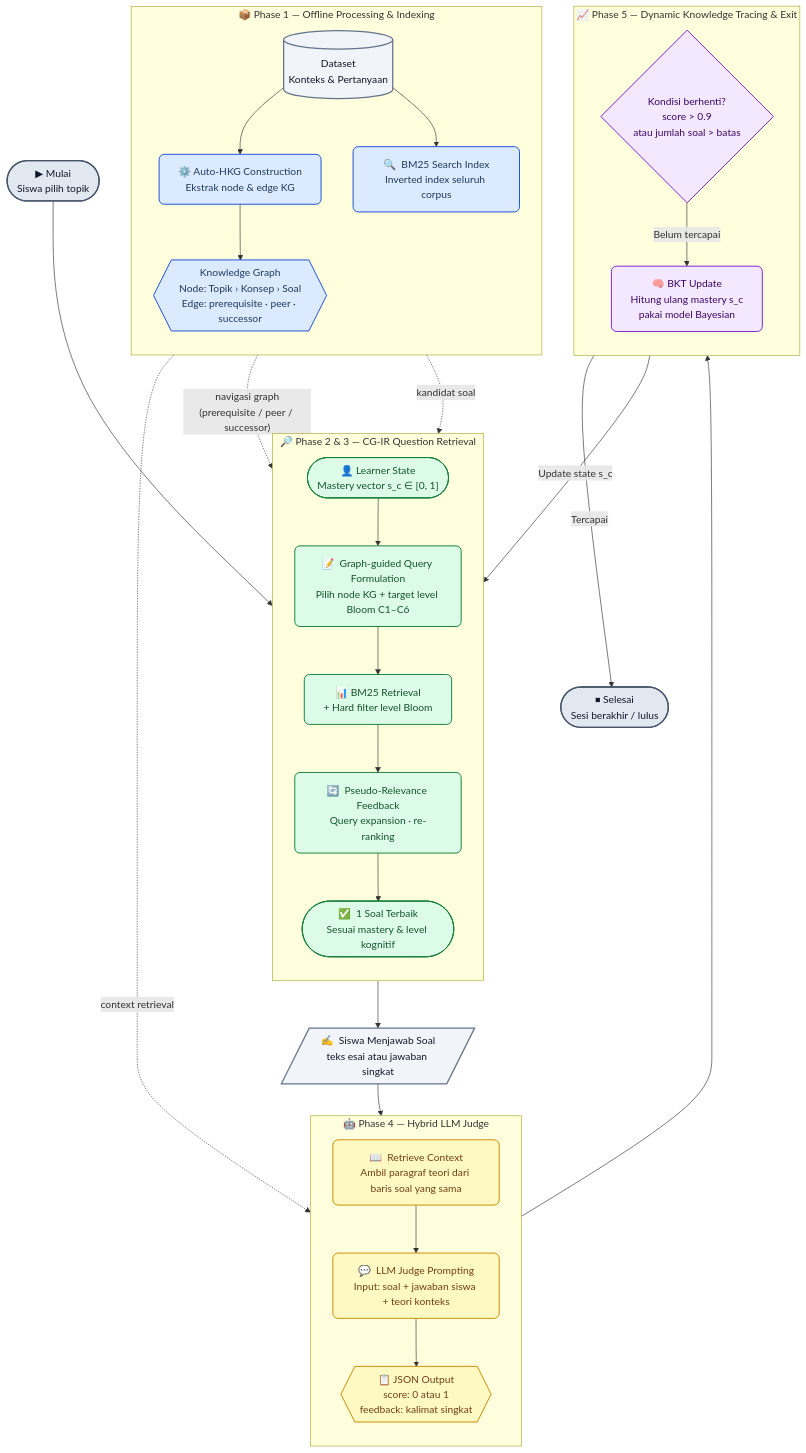
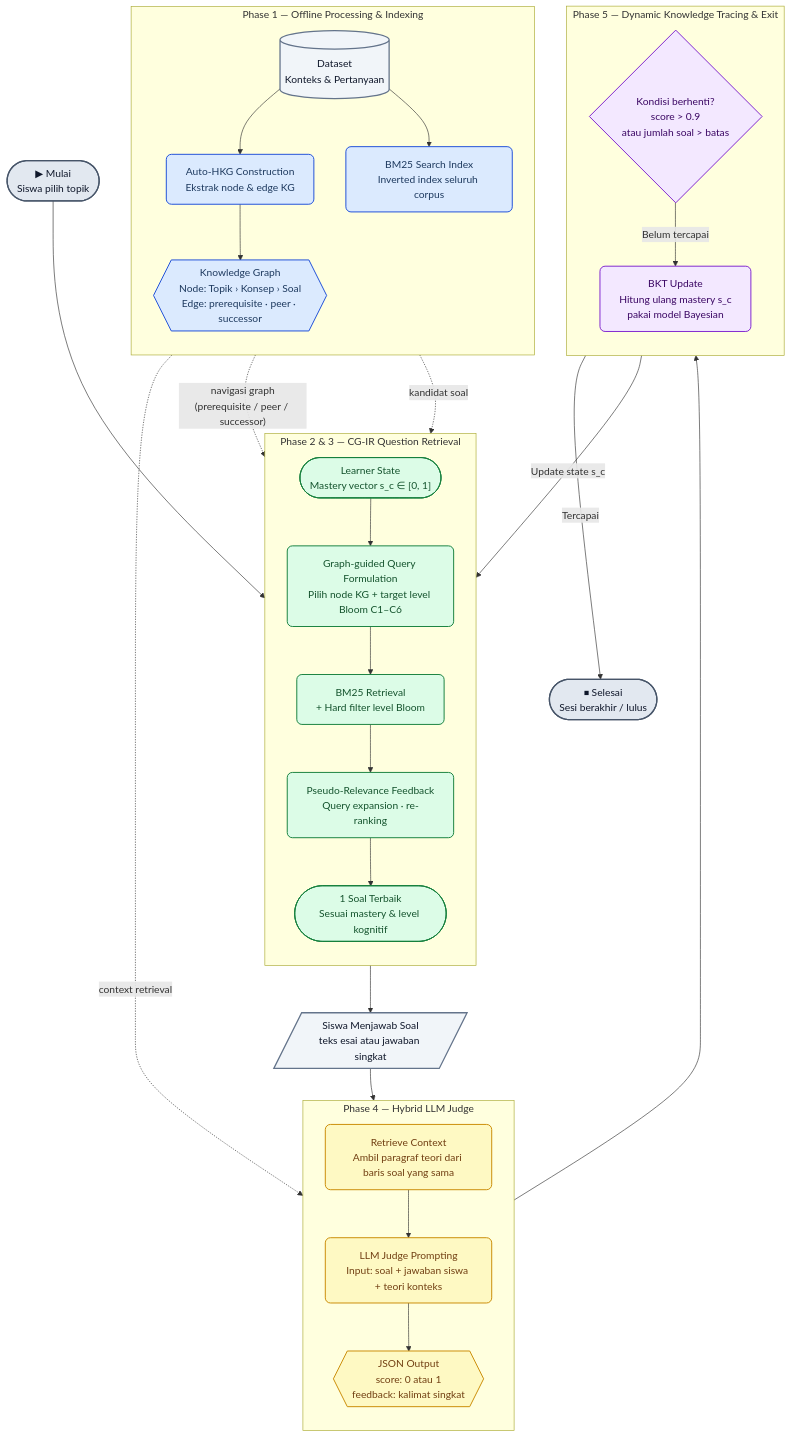
Before and after one commit to Lifunn/Information-Retrieval: the diagram in README.md, drawn with Mermaid. The commit also changed other lines of this file, not shown here.

````diff
--- a/README.md
+++ b/README.md
@@ -5,76 +5,76 @@
 ```mermaid
 flowchart TD
     %% ── Node styles ──────────────────────────────────────────────
     classDef offline  fill:#DBEAFE,stroke:#1D4ED8,stroke-width:1.5px,color:#1e3a5f,rx:8
     classDef cgir     fill:#DCFCE7,stroke:#15803D,stroke-width:1.5px,color:#14532d,rx:8
     classDef judge    fill:#FEF9C3,stroke:#CA8A04,stroke-width:1.5px,color:#713f12,rx:8
     classDef state    fill:#F3E8FF,stroke:#7E22CE,stroke-width:1.5px,color:#3b0764,rx:8
     classDef io       fill:#F1F5F9,stroke:#64748B,stroke-width:2px,color:#0f172a,rx:8
     classDef terminal fill:#E2E8F0,stroke:#475569,stroke-width:2px,color:#0f172a
 
     %% ── PHASE 1 — Offline Indexing ───────────────────────────────
-    subgraph P1["📦  Phase 1 — Offline Processing & Indexing"]
+    subgraph P1["Phase 1 — Offline Processing & Indexing"]
         direction TB
         DS[("Dataset\nKonteks & Pertanyaan")]:::io
-        HKG["⚙️  Auto-HKG Construction\nEkstrak node & edge KG"]:::offline
+        HKG["Auto-HKG Construction\nEkstrak node & edge KG"]:::offline
         KG{{"Knowledge Graph\nNode: Topik › Konsep › Soal\nEdge: prerequisite · peer · successor"}}:::offline
-        IDX["🔍  BM25 Search Index\nInverted index seluruh corpus"]:::offline
+        IDX["BM25 Search Index\nInverted index seluruh corpus"]:::offline
 
         DS --> HKG
         HKG --> KG
         DS --> IDX
     end
 
     %% ── PHASE 2-3 — CG-IR Retrieval ─────────────────────────────
-    subgraph P23["🔎  Phase 2 & 3 — CG-IR Question Retrieval"]
+    subgraph P23["Phase 2 & 3 — CG-IR Question Retrieval"]
         direction TB
-        LS(["👤  Learner State\nMastery vector  s_c ∈ [0, 1]"]):::cgir
-        QF["📝  Graph-guided Query Formulation\nPilih node KG + target level Bloom C1–C6"]:::cgir
-        BM["📊  BM25 Retrieval\n+ Hard filter level Bloom"]:::cgir
-        PRF["🔄  Pseudo-Relevance Feedback\nQuery expansion · re-ranking"]:::cgir
-        REC(["✅  1 Soal Terbaik\nSesuai mastery & level kognitif"]):::cgir
+        LS(["Learner State\nMastery vector  s_c ∈ [0, 1]"]):::cgir
+        QF["Graph-guided Query Formulation\nPilih node KG + target level Bloom C1–C6"]:::cgir
+        BM["BM25 Retrieval\n+ Hard filter level Bloom"]:::cgir
+        PRF["Pseudo-Relevance Feedback\nQuery expansion · re-ranking"]:::cgir
+        REC(["1 Soal Terbaik\nSesuai mastery & level kognitif"]):::cgir
 
         LS --> QF
         KG -. "navigasi graph\n(prerequisite / peer / successor)" .-> QF
         QF --> BM
         IDX -. "kandidat soal" .-> BM
         BM --> PRF
         PRF --> REC
     end
 
     %% ── User interaction ─────────────────────────────────────────
-    ANS[/"✍️  Siswa Menjawab Soal\nteks esai atau jawaban singkat"/]:::io
+    ANS[/"Siswa Menjawab Soal\nteks esai atau jawaban singkat"/]:::io
 
     %% ── PHASE 4 — Hybrid LLM Judge ───────────────────────────────
-    subgraph P4["🤖  Phase 4 — Hybrid LLM Judge"]
+    subgraph P4["Phase 4 — Hybrid LLM Judge"]
         direction TB
-        CTX["📖  Retrieve Context\nAmbil paragraf teori dari baris soal yang sama"]:::judge
-        LLM["💬  LLM Judge Prompting\nInput: soal + jawaban siswa + teori konteks"]:::judge
-        OUT{{"📋  JSON Output\nscore: 0 atau 1\nfeedback: kalimat singkat"}}:::judge
+        CTX["Retrieve Context\nAmbil paragraf teori dari baris soal yang sama"]:::judge
+        LLM["LLM Judge Prompting\nInput: soal + jawaban siswa + teori konteks"]:::judge
+        OUT{{"JSON Output\nscore: 0 atau 1\nfeedback: kalimat singkat"}}:::judge
 
         CTX --> LLM
         LLM --> OUT
     end
 
     DS -. "context retrieval" .-> CTX
 
     %% ── PHASE 5 — BKT & Loop ─────────────────────────────────────
-    subgraph P5["📈  Phase 5 — Dynamic Knowledge Tracing & Exit"]
+    subgraph P5["Phase 5 — Dynamic Knowledge Tracing & Exit"]
         direction TB
         CHK{"Kondisi berhenti?\nscore > 0.9\natau jumlah soal > batas"}:::state
-        BKT["🧠  BKT Update\nHitung ulang mastery s_c\npakai model Bayesian"]:::state
+        BKT["BKT Update\nHitung ulang mastery s_c\npakai model Bayesian"]:::state
         CHK -->|"Belum tercapai"| BKT
     end
 
     %% ── Entry & exit ─────────────────────────────────────────────
     START(["▶  Mulai\nSiswa pilih topik"]):::terminal
     DONE(["⏹  Selesai\nSesi berakhir / lulus"]):::terminal
 
     %% ── Main flow ────────────────────────────────────────────────
     START --> LS
     REC   --> ANS
     ANS   --> CTX
     OUT   --> CHK
     BKT   -->|"Update state s_c"| LS
     CHK   -->|"Tercapai"| DONE
 ```
````
